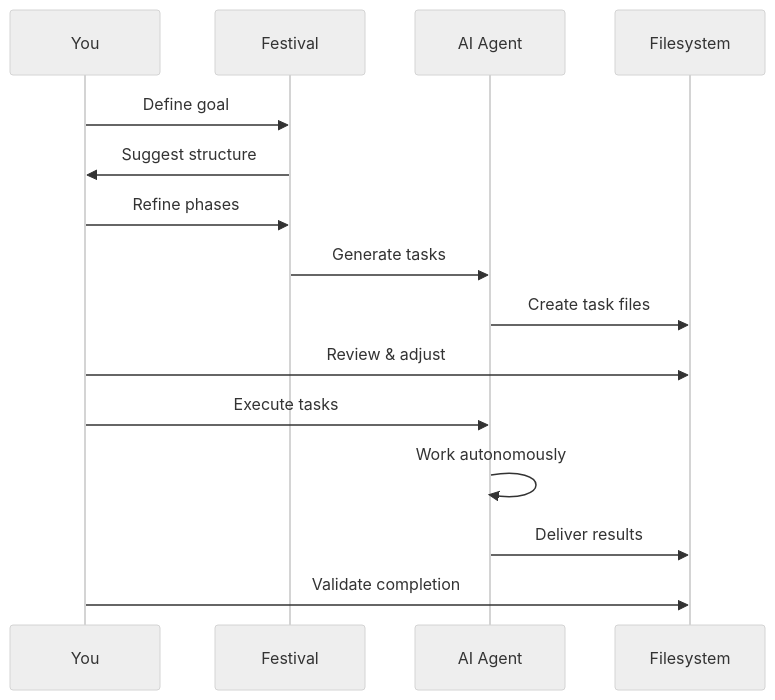
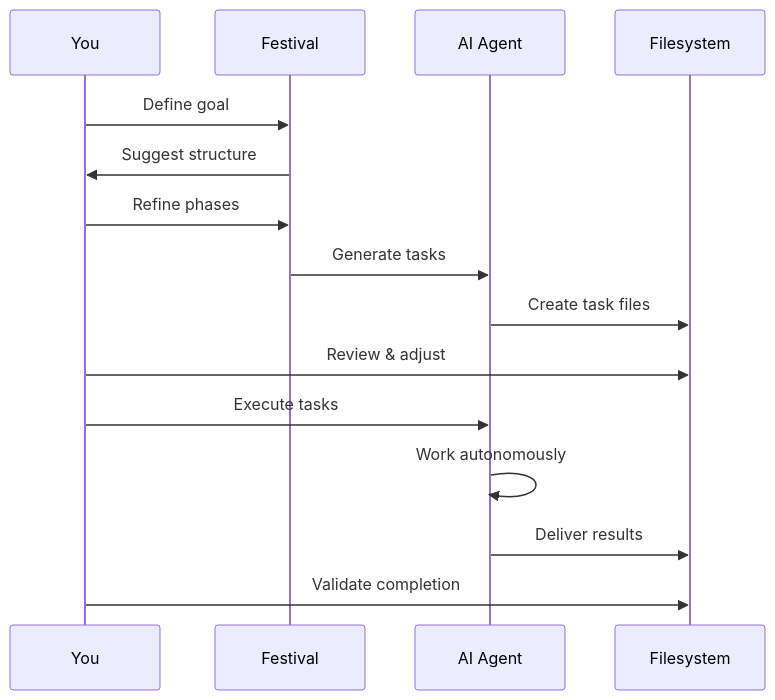
The fourth of 4 diagrams in README.md (lancekrogers/festival-methodology), drawn with Mermaid before and after one commit. The commit also changed other lines of this file, not shown here.

Commit message:
adjust mermaid diagram color scheme

````diff
--- a/README.md
+++ b/README.md
@@ -201,19 +193,18 @@
 ```mermaid
-%%{init: {'theme':'neutral'}}%%
 sequenceDiagram
     participant You
     participant Festival
     participant AI Agent
     participant Filesystem
 
     You->>Festival: Define goal
     Festival->>You: Suggest structure
     You->>Festival: Refine phases
     Festival->>AI Agent: Generate tasks
     AI Agent->>Filesystem: Create task files
     You->>Filesystem: Review & adjust
     You->>AI Agent: Execute tasks
     AI Agent->>AI Agent: Work autonomously
     AI Agent->>Filesystem: Deliver results
     You->>Filesystem: Validate completion
 ```
````
